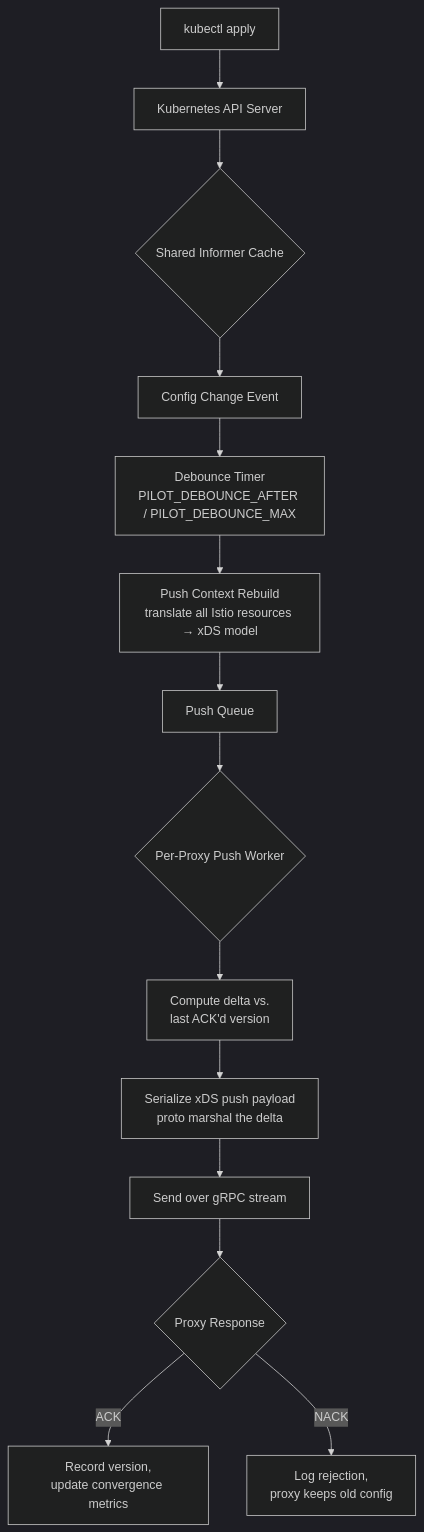
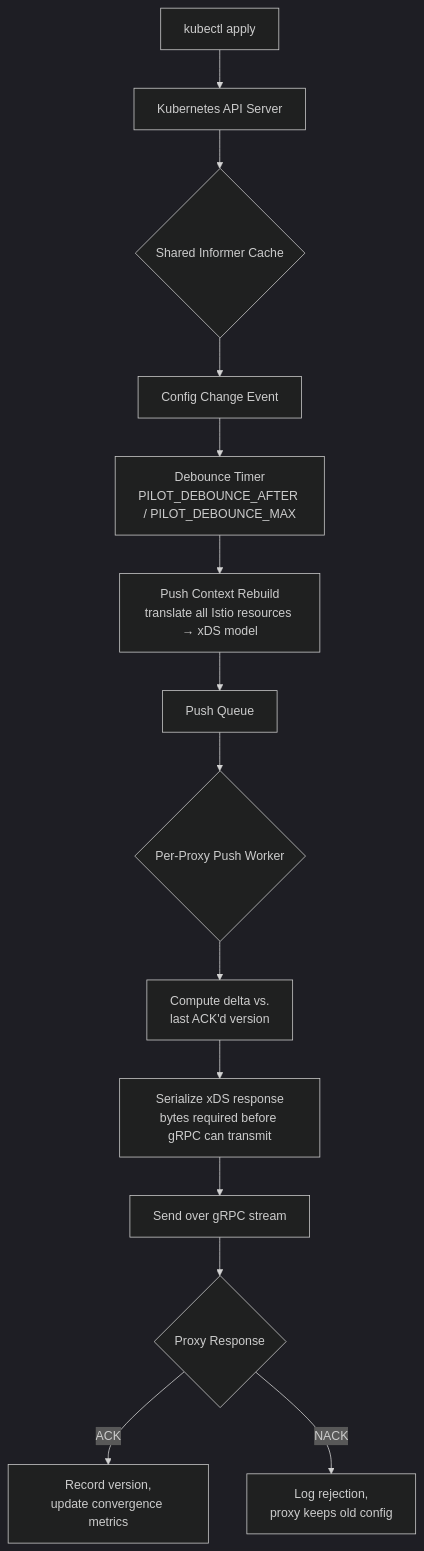
Before and after one commit to nirvanagit/servicemeshblog: the diagram in content/blog/istiod-xds-configuration-management.md, drawn with Mermaid (dark theme). The commit also changed other lines of this file, not shown here.

First line of the commit message:
fix: fix Mermaid syntax error and clarify xDS serialization step

````diff
--- a/content/blog/istiod-xds-configuration-management.md
+++ b/content/blog/istiod-xds-configuration-management.md
@@ -42,16 +42,16 @@
 ```mermaid
 graph TD
     A[kubectl apply] --> B[Kubernetes API Server]
     B --> C{Shared Informer Cache}
     C --> D[Config Change Event]
     D --> E[Debounce Timer<br/>PILOT_DEBOUNCE_AFTER / PILOT_DEBOUNCE_MAX]
     E --> F[Push Context Rebuild<br/>translate all Istio resources → xDS model]
     F --> G[Push Queue]
     G --> H{Per-Proxy Push Worker}
     H --> I[Compute delta vs.<br/>last ACK'd version]
-    I --> J[Serialize xDS push payload<br/>proto marshal the delta]
+    I --> J[Serialize xDS response<br/>bytes required before gRPC can transmit]
     J --> K[Send over gRPC stream]
     K --> L{Proxy Response}
     L -->|ACK| M[Record version,<br/>update convergence metrics]
     L -->|NACK| N[Log rejection,<br/>proxy keeps old config]
 ```
````
